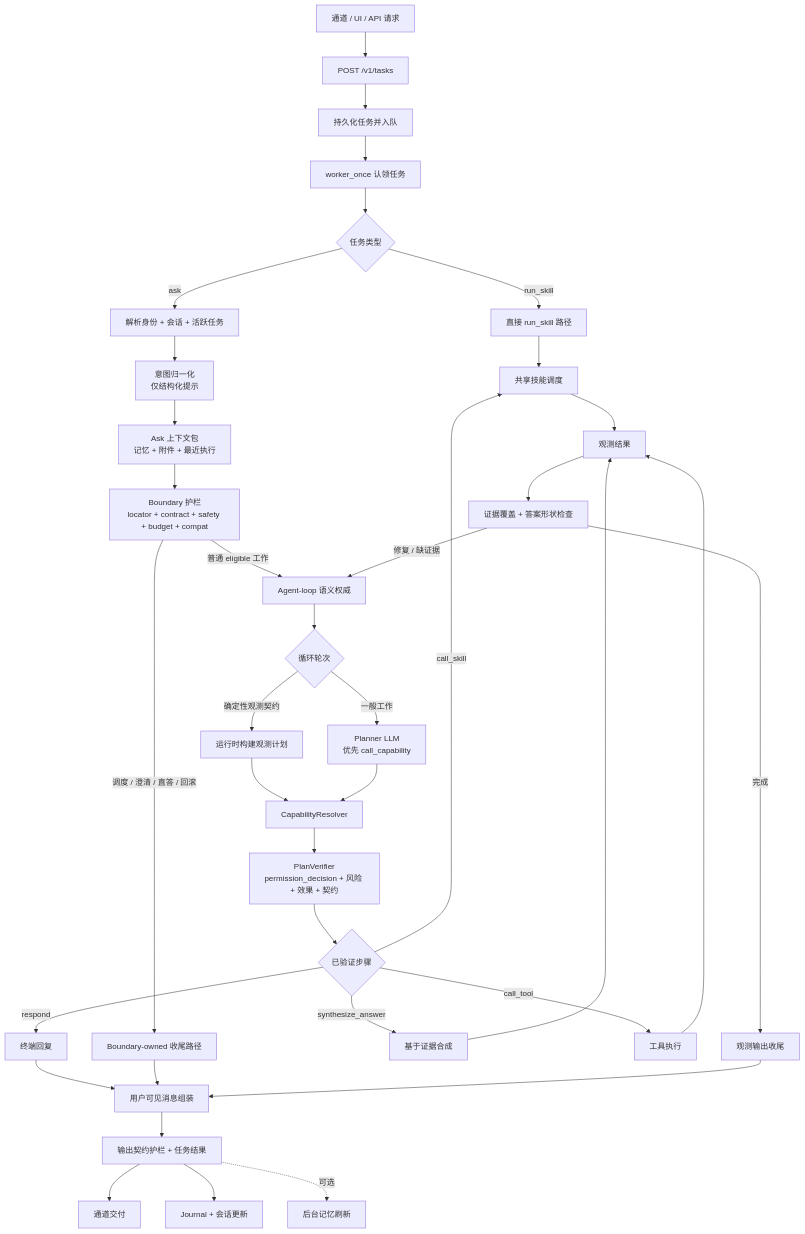
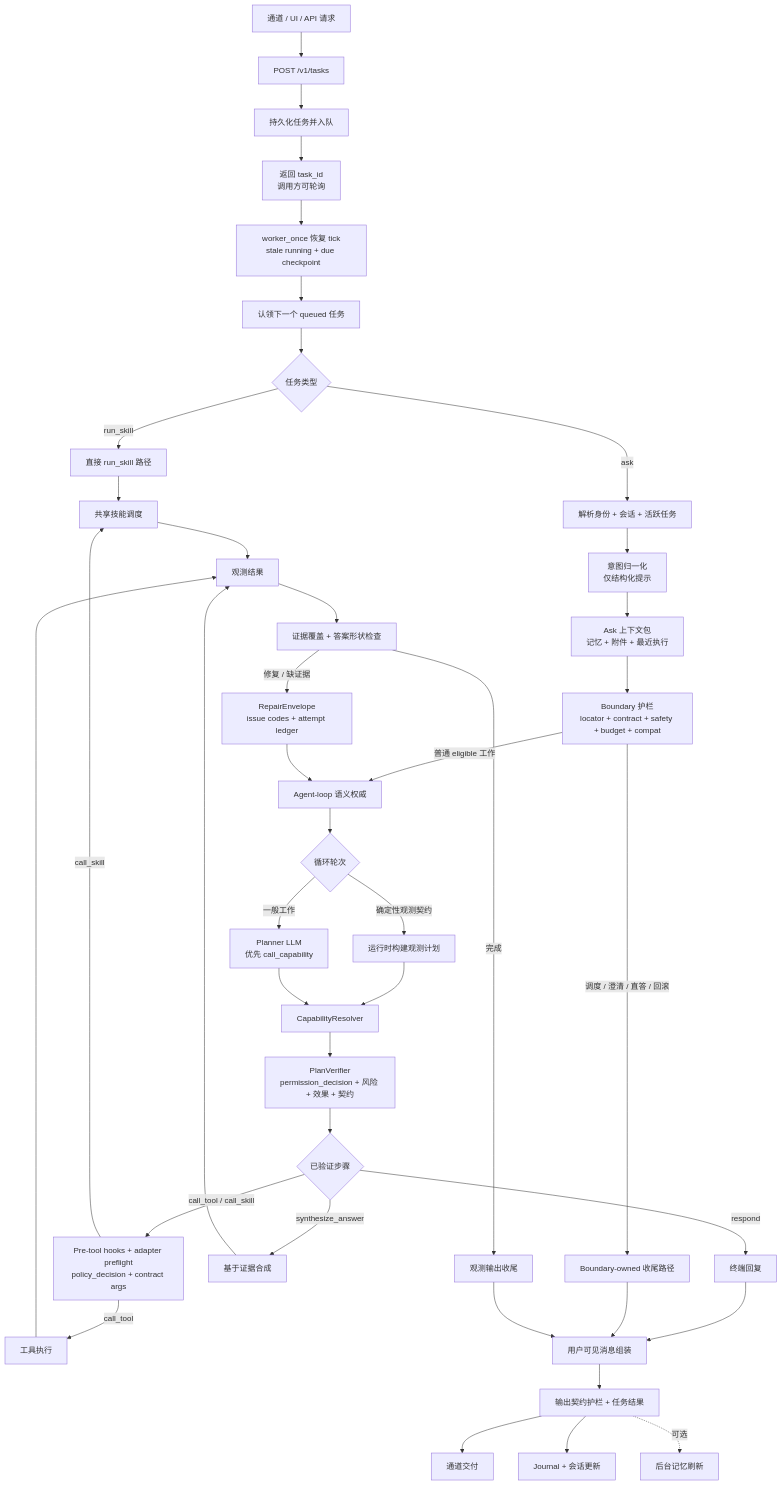
The first of 3 diagrams in README.zh-CN.md (MatrixCoreX/RustClaw), drawn with Mermaid before and after one commit. The commit also changed other lines of this file, not shown here.

Commit message:
Align Chinese README runtime diagrams

````diff
--- a/README.zh-CN.md
+++ b/README.zh-CN.md
@@ -28,39 +28,43 @@
 ```mermaid
 flowchart TD
     A[通道 / UI / API 请求] --> B[POST /v1/tasks]
     B --> C[持久化任务并入队]
-    C --> D[worker_once 认领任务]
-    D --> E{任务类型}
+    C --> D[返回 task_id<br/>调用方可轮询]
+    D --> E0[worker_once 恢复 tick<br/>stale running + due checkpoint]
+    E0 --> E1[认领下一个 queued 任务]
+    E1 --> E{任务类型}
     E -->|run_skill| RS[直接 run_skill 路径]
     E -->|ask| F[解析身份 + 会话 + 活跃任务]
     F --> G[意图归一化<br/>仅结构化提示]
     G --> H[Ask 上下文包<br/>记忆 + 附件 + 最近执行]
     H --> I[Boundary 护栏<br/>locator + contract + safety + budget + compat]
     I -->|普通 eligible 工作| J[Agent-loop 语义权威]
     I -->|调度 / 澄清 / 直答 / 回滚| K[Boundary-owned 收尾路径]
     J --> L{循环轮次}
     L -->|确定性观测契约| M[运行时构建观测计划]
     L -->|一般工作| N[Planner LLM<br/>优先 call_capability]
     M --> O[CapabilityResolver]
     N --> O
     O --> P[PlanVerifier<br/>permission_decision + 风险 + 效果 + 契约]
     P --> Q{已验证步骤}
     Q -->|respond| R[终端回复]
     Q -->|synthesize_answer| S[基于证据合成]
-    Q -->|call_tool| T[工具执行]
-    Q -->|call_skill| U[共享技能调度]
+    Q -->|call_tool / call_skill| QP[Pre-tool hooks + adapter preflight<br/>policy_decision + contract args]
+    QP -->|call_tool| T[工具执行]
+    QP -->|call_skill| U[共享技能调度]
     RS --> U
     T --> V[观测结果]
     U --> V
     S --> V
     V --> W[证据覆盖 + 答案形状检查]
-    W -->|修复 / 缺证据| J
+    W -->|修复 / 缺证据| WR[RepairEnvelope<br/>issue codes + attempt ledger]
+    WR --> J
     W -->|完成| X[观测输出收尾]
     R --> Y[用户可见消息组装]
     K --> Y
     X --> Y
     Y --> Z[输出契约护栏 + 任务结果]
     Z --> AA[通道交付]
     Z --> AB[Journal + 会话更新]
     Z -. 可选 .-> AC[后台记忆刷新]
 ```
````
